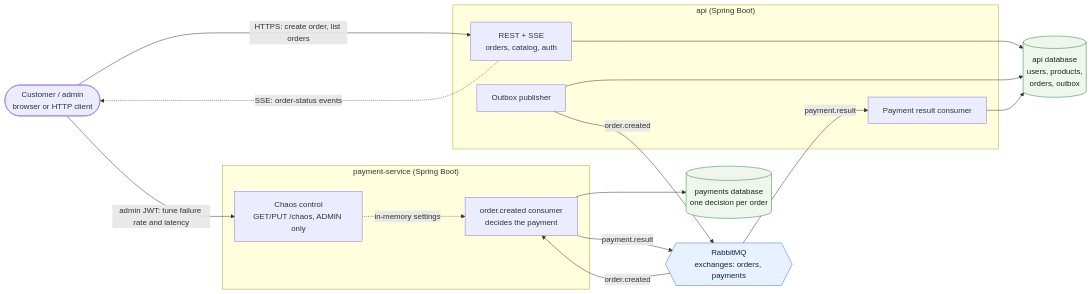
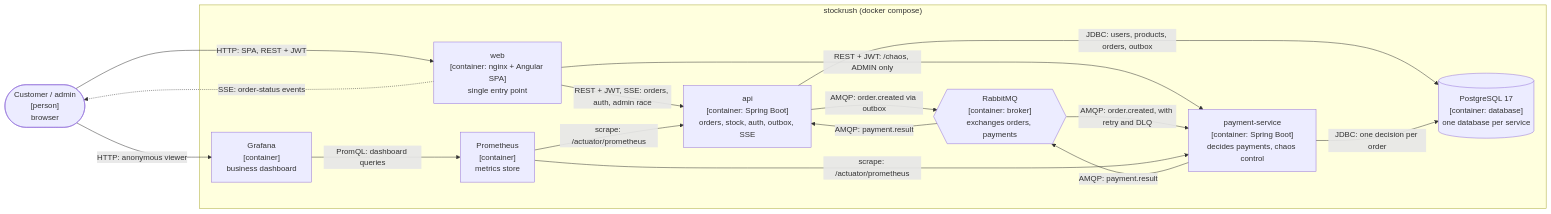
One commit to Serg-Ale/stockrush changed the first of 2 diagrams in README.md. Above: the diagram before and after it, drawn with Mermaid. The commit also changed other lines of this file and 7 other files, not shown here.

First line of the commit message:
docs: bilingual READMEs with container and sequence diagrams, demo media, ADRs 0007 and 0008

````diff
--- a/README.md
+++ b/README.md
@@ -27,37 +44,29 @@
 ```mermaid
 flowchart LR
-    client(["Customer / admin<br/>browser or HTTP client"])
+    users(["Customer / admin<br/>[person]<br/>browser"])
 
-    subgraph api["api (Spring Boot)"]
-        rest["REST + SSE<br/>orders, catalog, auth"]
-        pub["Outbox publisher"]
-        cons["Payment result consumer"]
-    end
-    subgraph pay["payment-service (Spring Boot)"]
-        listener["order.created consumer<br/>decides the payment"]
-        chaos["Chaos control<br/>GET/PUT /chaos, ADMIN only"]
+    subgraph stack["stockrush (docker compose)"]
+        web["web<br/>[container: nginx + Angular SPA]<br/>single entry point"]
+        api["api<br/>[container: Spring Boot]<br/>orders, stock, auth, outbox, SSE"]
+        pay["payment-service<br/>[container: Spring Boot]<br/>decides payments, chaos control"]
+        pg[("PostgreSQL 17<br/>[container: database]<br/>one database per service")]
+        mq{{"RabbitMQ<br/>[container: broker]<br/>exchanges orders, payments"}}
+        prom["Prometheus<br/>[container]<br/>metrics store"]
+        graf["Grafana<br/>[container]<br/>business dashboard"]
     end
 
-    apidb[("api database<br/>users, products,<br/>orders, outbox")]
-    paydb[("payments database<br/>one decision per order")]
-    mq{{"RabbitMQ<br/>exchanges: orders, payments"}}
-
-    client -->|"HTTPS: create order, list orders"| rest
-    rest -.->|"SSE: order-status events"| client
-    client -->|"admin JWT: tune failure rate and latency"| chaos
-
-    rest --> apidb
-    pub --> apidb
-    cons --> apidb
-    pub -->|"order.created"| mq
-    mq -->|"order.created"| listener
-    listener --> paydb
-    listener -->|"payment.result"| mq
-    mq -->|"payment.result"| cons
-    chaos -.->|"in-memory settings"| listener
-
-    classDef store fill:#eef6ee,stroke:#2e7d32,color:#10300f
-    classDef broker fill:#e8f1ff,stroke:#3b6fd4,color:#12233f
-    class apidb,paydb store
-    class mq broker
+    users -->|"HTTP: SPA, REST + JWT"| web
+    web -.->|"SSE: order-status events"| users
+    web -->|"REST + JWT, SSE: orders, auth, admin race"| api
+    web -->|"REST + JWT: /chaos, ADMIN only"| pay
+    api -->|"JDBC: users, products, orders, outbox"| pg
+    pay -->|"JDBC: one decision per order"| pg
+    api -->|"AMQP: order.created via outbox"| mq
+    mq -->|"AMQP: order.created, with retry and DLQ"| pay
+    pay -->|"AMQP: payment.result"| mq
+    mq -->|"AMQP: payment.result"| api
+    prom -->|"scrape: /actuator/prometheus"| api
+    prom -->|"scrape: /actuator/prometheus"| pay
+    graf -->|"PromQL: dashboard queries"| prom
+    users -->|"HTTP: anonymous viewer"| graf
 ```
````
